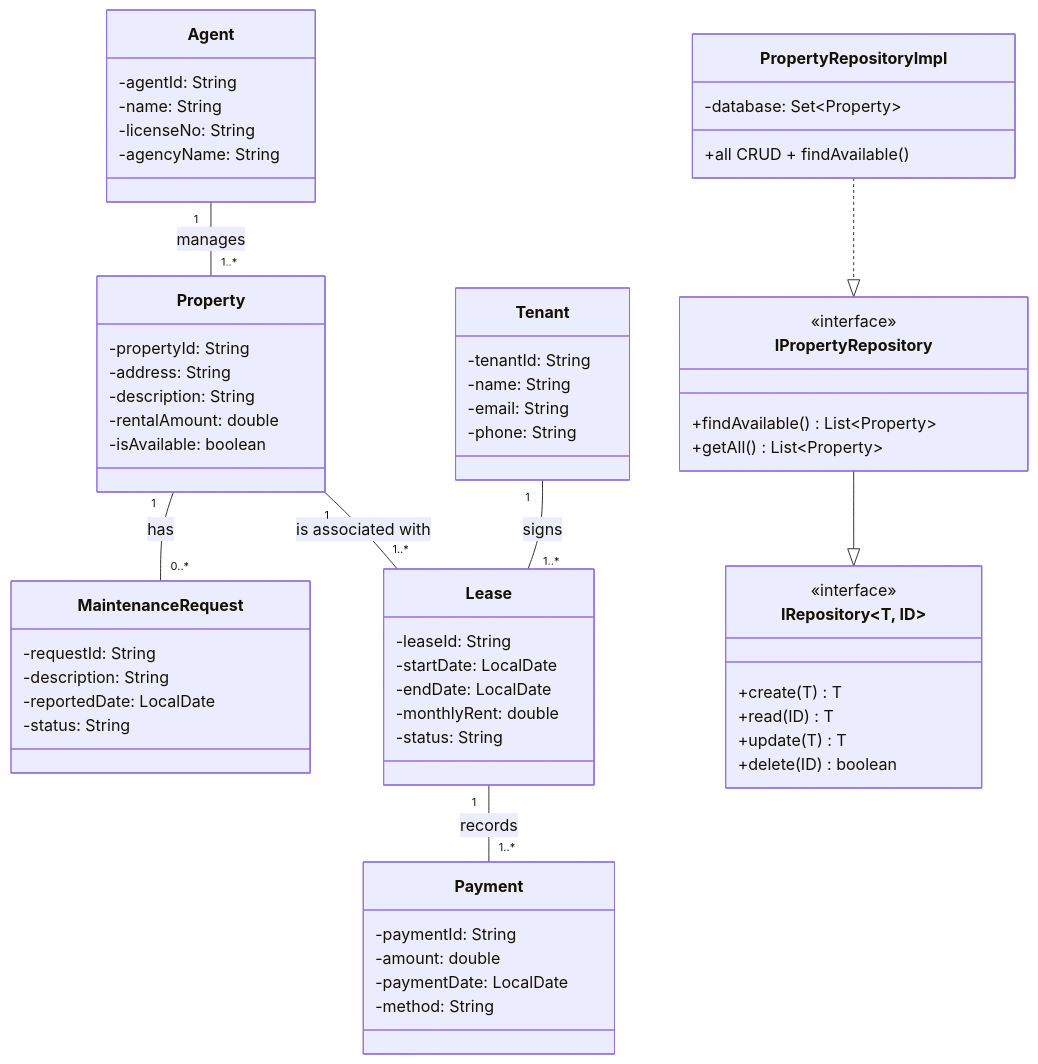
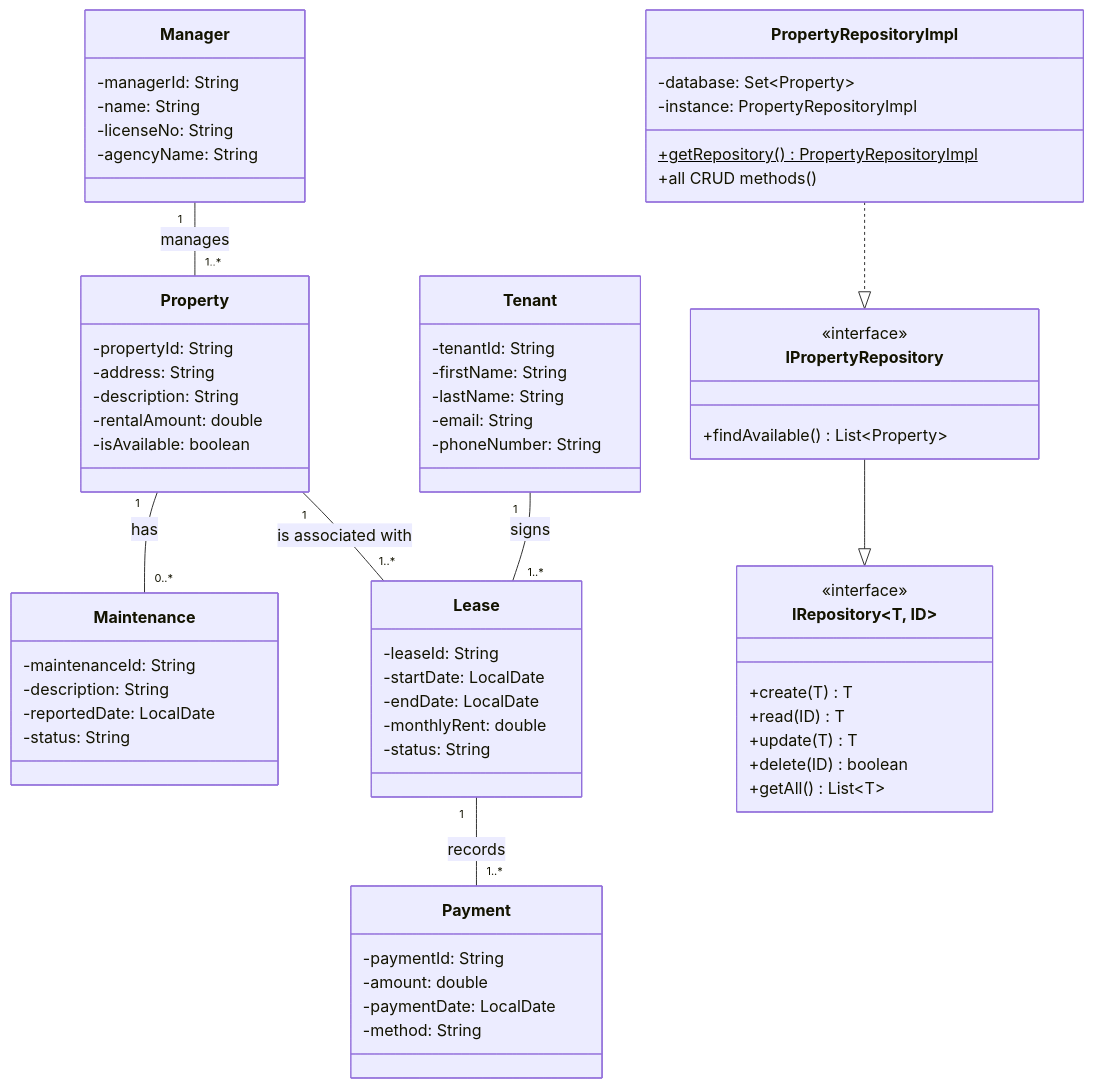
One commit to Jonathan-Munday/PropertyManagementSystem changed the diagram in README.md. Above: the diagram before and after it, drawn with Mermaid.

```diff
--- a/README.md
+++ b/README.md
@@ -3,8 +3,8 @@
     direction TB
 
     %% Domain Entities
-    class Agent {
-        -agentId: String
+    class Manager {
+        -managerId: String
         -name: String
         -licenseNo: String
         -agencyName: String
@@ -20,9 +20,10 @@
 
     class Tenant {
         -tenantId: String
-        -name: String
+        -firstName: String
+        -lastName: String
         -email: String
-        -phone: String
+        -phoneNumber: String
     }
 
     class Lease {
@@ -33,8 +34,8 @@
         -status: String
     }
 
-    class MaintenanceRequest {
-        -requestId: String
+    class Maintenance {
+        -maintenanceId: String
         -description: String
         -reportedDate: LocalDate
         -status: String
@@ -54,22 +55,24 @@
         +read(ID) T
         +update(T) T
         +delete(ID) boolean
+        +getAll() List~T~
     }
 
     class IPropertyRepository {
         <<interface>>
         +findAvailable() List~Property~
-        +getAll() List~Property~
     }
 
     class PropertyRepositoryImpl {
         -database: Set~Property~
-        +all CRUD + findAvailable()
+        -instance: PropertyRepositoryImpl
+        +getRepository() PropertyRepositoryImpl$
+        +all CRUD methods()
     }
 
     %% Relationships and Multiplicity
-    Agent "1" -- "1..*" Property : manages
-    Property "1" -- "0..*" MaintenanceRequest : has
+    Manager "1" -- "1..*" Property : manages
+    Property "1" -- "0..*" Maintenance : has
     Property "1" -- "1..*" Lease : is associated with
     Tenant "1" -- "1..*" Lease : signs
     Lease "1" -- "1..*" Payment : records
```
